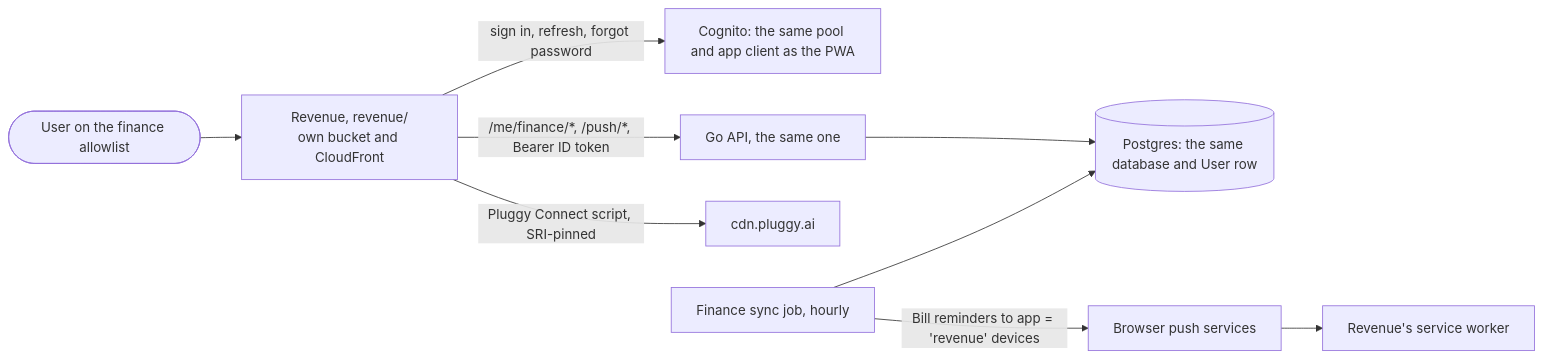
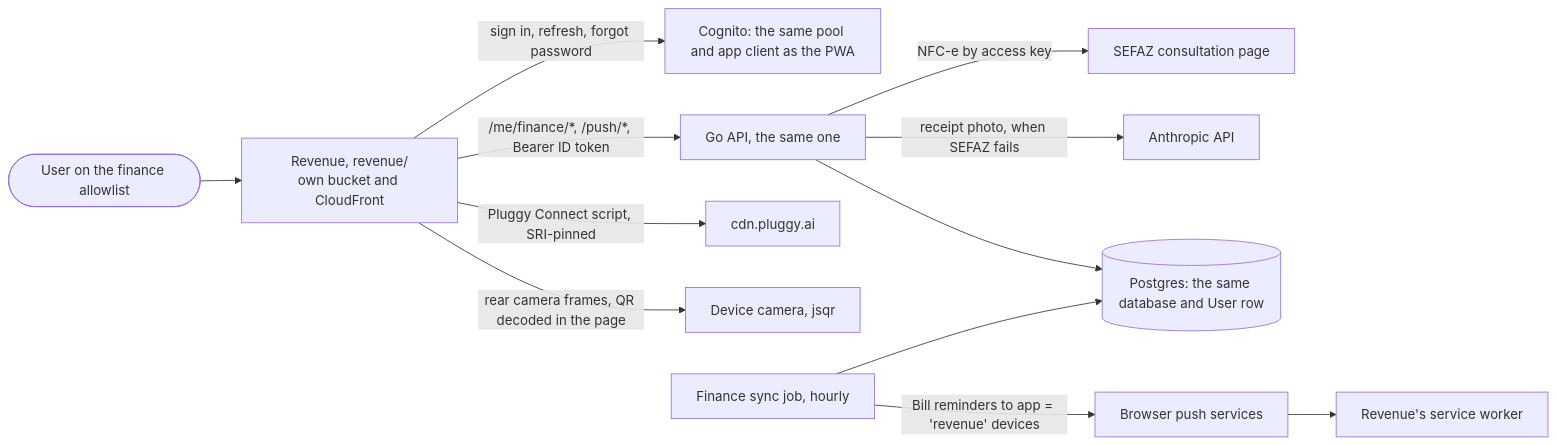
One commit to AbnerWillclefy/Homeowner changed the first of 5 diagrams in docs/architecture/revenue.md. Above: the diagram before and after it, drawn with Mermaid. The commit also changed other lines of this file and 8 other files, not shown here.

Commit message:
docs(pantry): describe the Pantry in architecture docs and glossary

````diff
--- a/docs/architecture/revenue.md
+++ b/docs/architecture/revenue.md
@@ -14,11 +14,14 @@
 ```mermaid
 flowchart LR
     U([User on the finance allowlist]) --> REV["Revenue, revenue/<br/>own bucket and CloudFront"]
     REV -->|"sign in, refresh, forgot password"| COG["Cognito: the same pool and app client as the PWA"]
     REV -->|"/me/finance/*, /push/*, Bearer ID token"| API["Go API, the same one"]
     REV -->|"Pluggy Connect script, SRI-pinned"| PCDN["cdn.pluggy.ai"]
+    REV -->|"rear camera frames, QR decoded in the page"| CAM["Device camera, jsqr"]
+    API -->|"NFC-e by access key"| SEFAZ["SEFAZ consultation page"]
+    API -->|"receipt photo, when SEFAZ fails"| LLM["Anthropic API"]
     API --> DB[("Postgres: the same database and User row")]
     JOB["Finance sync job, hourly"] --> DB
     JOB -->|"Bill reminders to app = 'revenue' devices"| PUSH["Browser push services"]
     PUSH --> SW["Revenue's service worker"]
 ```
````
